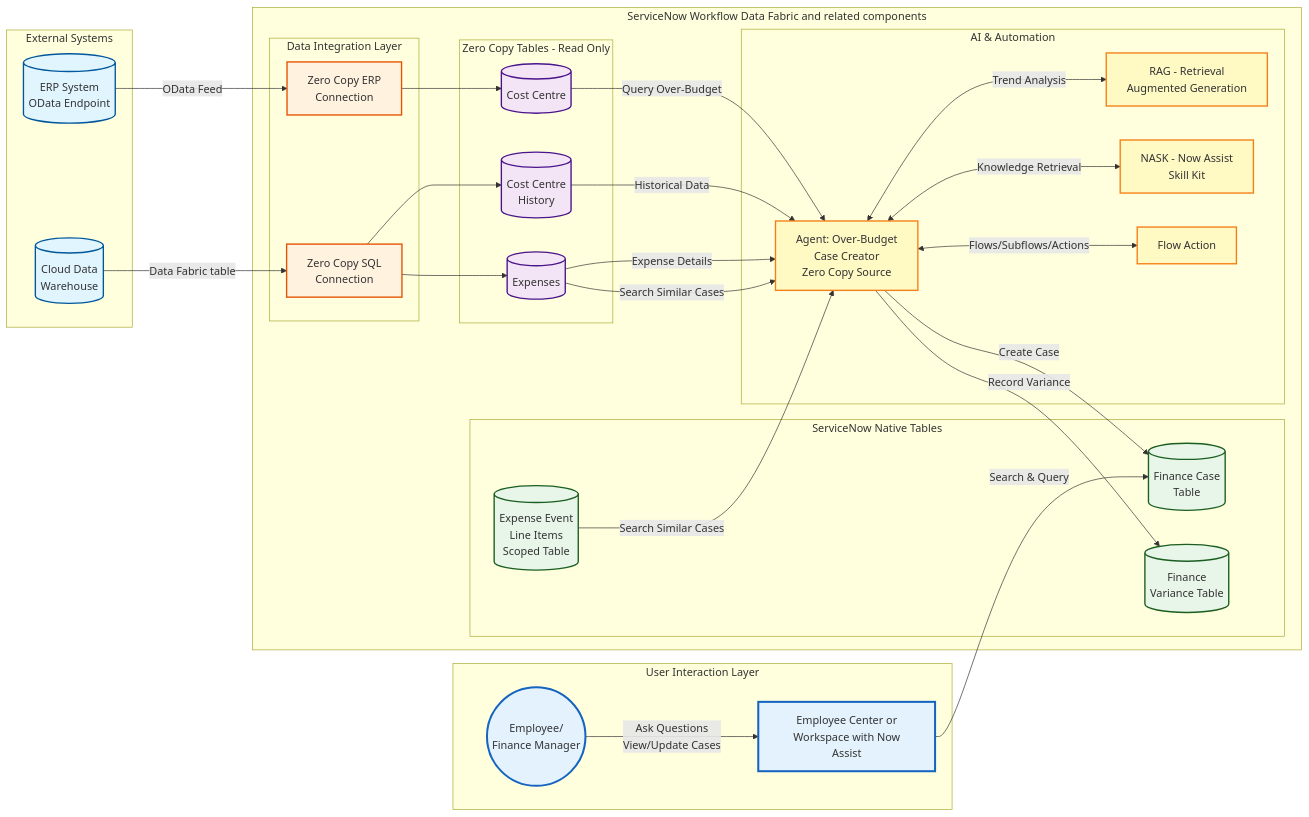
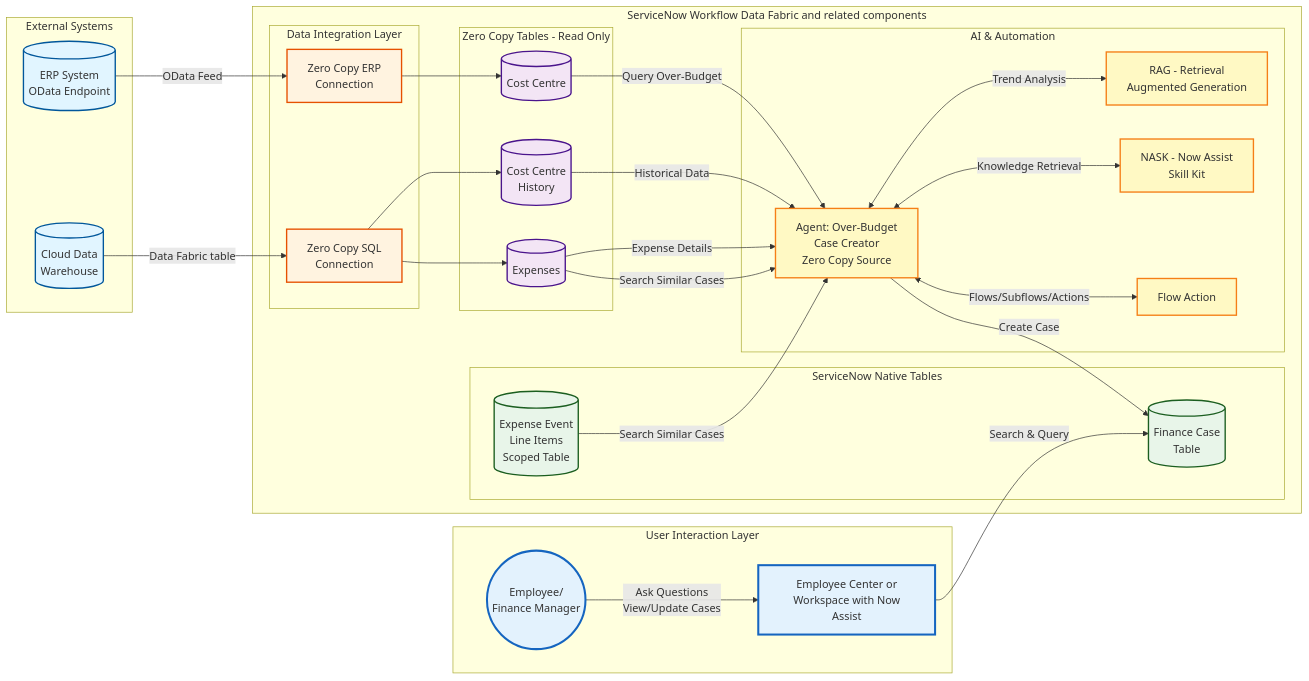
Before and after one commit to leojacinto/WorkflowDataFabric-TypeA: the diagram in 3_Zero_Copy.md, drawn with Mermaid.

Commit message:
GITBOOK-61: No subject

````diff
--- a/3_Zero_Copy.md
+++ b/3_Zero_Copy.md
@@ -13,77 +13,75 @@
 ```mermaid
 graph LR
     subgraph "User Interaction Layer"
         Employee((Employee/<br/>Finance Manager))
         EC[Employee Center or<br/> Workspace with Now Assist]
     end
 
     subgraph "External Systems"
         ERP[(ERP System<br/>OData Endpoint)]
         CDW[(Cloud Data<br/>Warehouse)]
     end
 
     subgraph "ServiceNow Workflow Data Fabric and related components"
         subgraph "Data Integration Layer"
             ZeroCopySQL[Zero Copy SQL<br/>Connection]
             ZeroCopyERP[Zero Copy ERP<br/>Connection]
         end
 
         subgraph "Zero Copy Tables - Read Only"
             ZCCC[(Cost Centre)]
             ZCCH[(Cost Centre</br>History)]
             ZCExp[(Expenses)]
         end
 
         subgraph "ServiceNow Native Tables"
             ExpenseTable[(Expense Event<br/>Line Items<br/>Scoped Table)]
             FinCase[(Finance Case<br/>Table)]
-            FinVar[(Finance<br/>Variance Table)]
         end
 
         subgraph "AI & Automation"
             Agent1[Agent: Over-Budget<br/>Case Creator<br/>Zero Copy Source]
             RAG[RAG - Retrieval<br/>Augmented Generation]
             NASK[NASK - Now Assist<br/>Skill Kit]
             FlowAction[Flow Action]
         end
     end
 
     %% Data Flow Connections
     ERP -->|OData Feed| ZeroCopyERP
     CDW -->|Data Fabric table| ZeroCopySQL
     ZeroCopyERP --> ZCCC
     ZeroCopySQL --> ZCCH
     ZeroCopySQL --> ZCExp
 
     %% Agent 1 Workflow - Zero Copy Source
     ZCCC -->|Query Over-Budget| Agent1
     ZCCH -->|Historical Data| Agent1
     ZCExp -->|Expense Details| Agent1
     ExpenseTable -->|Search Similar Cases| Agent1
     ZCExp -->|Search Similar Cases| Agent1
     Agent1 -->|Create Case| FinCase
     Agent1 <-->|Trend Analysis| RAG
     Agent1 <-->|Knowledge Retrieval| NASK
     Agent1 <-->|Flows/Subflows/Actions| FlowAction
-    Agent1 -->|Record Variance| FinVar
 
     %% User Interaction Connections
     Employee -->|Ask Questions<br/>View/Update Cases| EC
     EC -->|Search & Query| FinCase
 
     %% Styling
     classDef external fill:#e1f5ff,stroke:#01579b,stroke-width:2px
     classDef integration fill:#fff3e0,stroke:#e65100,stroke-width:2px
     classDef zeroCopy fill:#f3e5f5,stroke:#4a148c,stroke-width:2px
     classDef native fill:#e8f5e9,stroke:#1b5e20,stroke-width:2px
     classDef ai fill:#fff9c4,stroke:#f57f17,stroke-width:2px
     classDef user fill:#e3f2fd,stroke:#1565c0,stroke-width:3px
 
     class ERP,SharePoint,CDW external
     class ZeroCopySQL,ZeroCopyERP,ExtContent integration
     class ZCCC,ZCCH,ZCExp zeroCopy
     class ExpenseTable,FinCase,FinVar native
     class Agent1,RAG,NASK,FlowAction,GGraph,NLQuery ai
     class MockERP,MockCDW external
     class Employee,EC user
 ```
````
